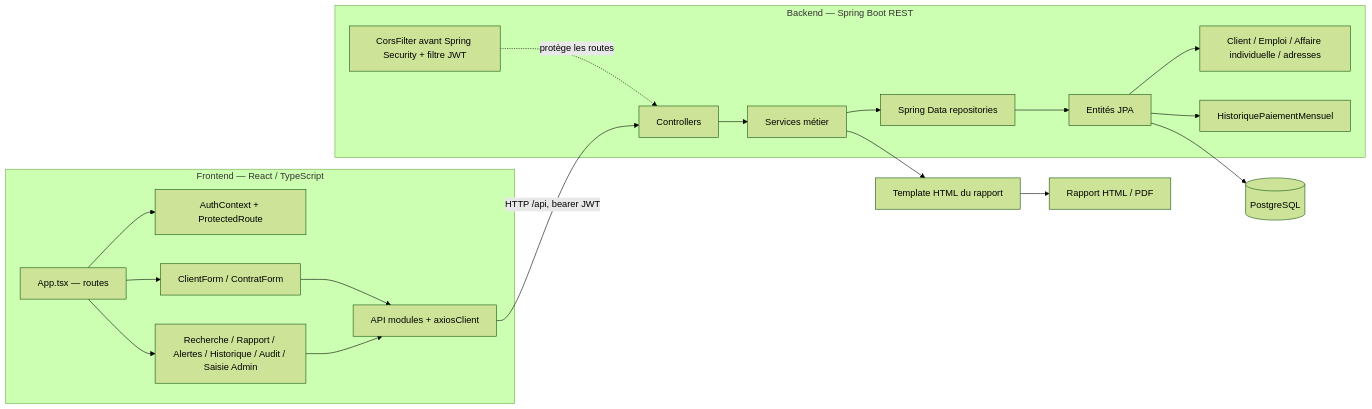
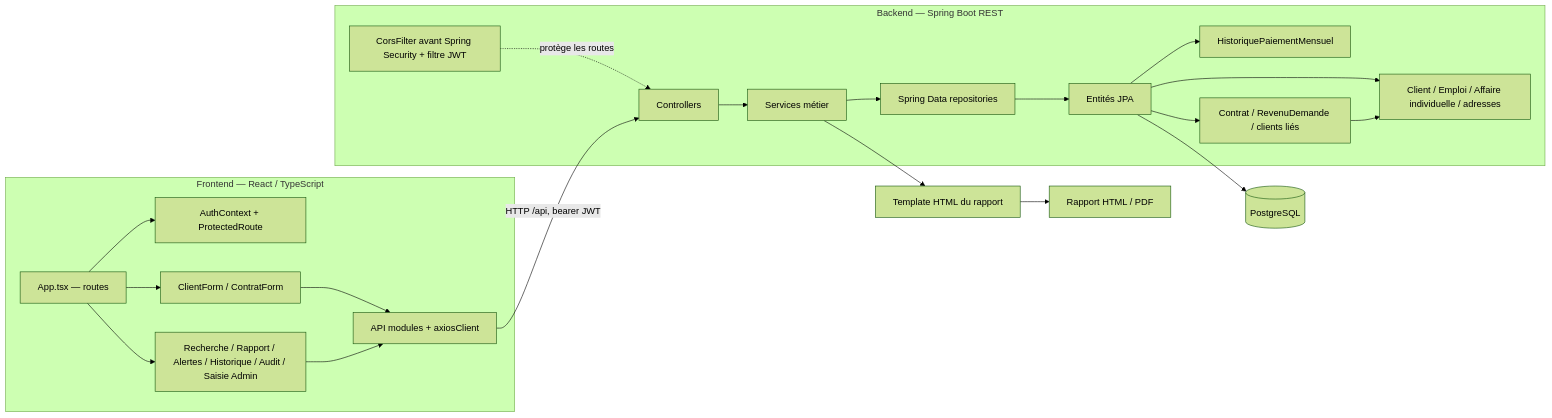
The diagram in docs/CODE_GRAPH.md (Tiavina-Ambinintsoa/Cecam-bic), drawn with Mermaid (forest theme) before and after one commit. The commit also changed other lines of this file and 30 other files, not shown here.

````diff
--- a/docs/CODE_GRAPH.md
+++ b/docs/CODE_GRAPH.md
@@ -7,36 +7,39 @@
 ```mermaid
 flowchart LR
   subgraph UI[Frontend — React / TypeScript]
     App[App.tsx — routes]
     Auth[AuthContext + ProtectedRoute]
     Forms[ClientForm / ContratForm]
     Pages[Recherche / Rapport / Alertes / Historique / Audit / Saisie Admin]
     Api[API modules + axiosClient]
     App --> Auth
     App --> Forms
     App --> Pages
     Forms --> Api
     Pages --> Api
   end
 
   subgraph API[Backend — Spring Boot REST]
     Controllers[Controllers]
     Services[Services métier]
     Repositories[Spring Data repositories]
     Entities[Entités JPA]
     ClientData[Client / Emploi / Affaire individuelle / adresses]
     Monthly[HistoriquePaiementMensuel]
+    Finance[Contrat / RevenuDemande / clients liés]
     Security[CorsFilter avant Spring Security + filtre JWT]
     Controllers --> Services
     Services --> Repositories
     Repositories --> Entities
     Entities --> Monthly
     Entities --> ClientData
+    Entities --> Finance
+    Finance --> ClientData
     Security -. protège les routes .-> Controllers
   end
 
   Api -->|HTTP /api, bearer JWT| Controllers
   Entities --> DB[(PostgreSQL)]
   Services --> Template[Template HTML du rapport]
   Template --> PDF[Rapport HTML / PDF]
 ```
````
